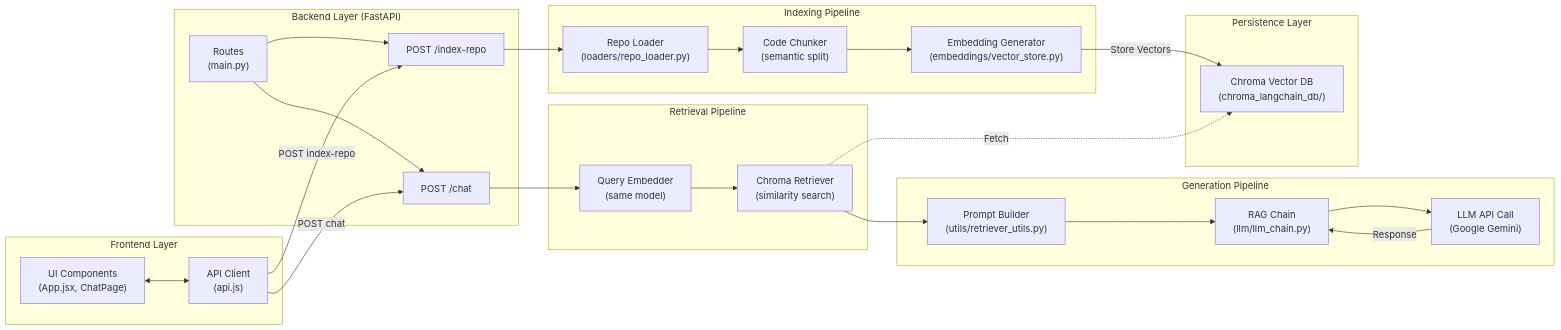
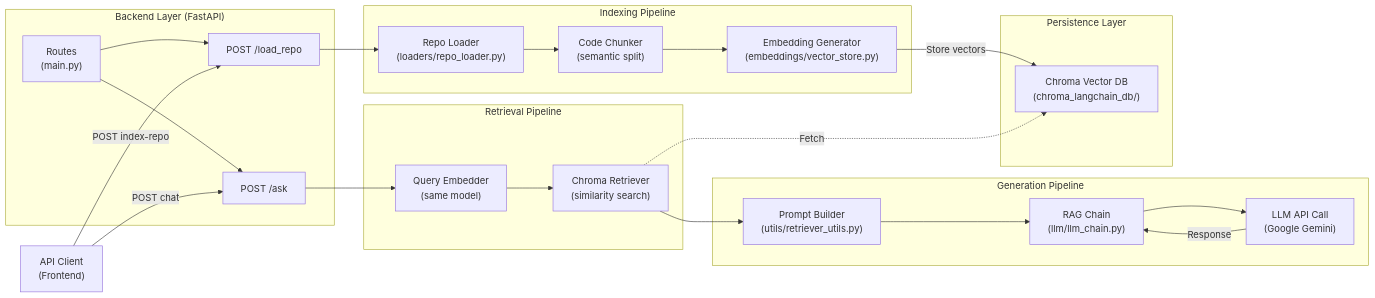
The third of 6 diagrams in ARCHITECTURE.md (amineelgardoum-rgb/github_assistant), drawn with Mermaid before and after one commit. The commit also changed other lines of this file, not shown here.

Commit message:
Changes to be committed: 	modified:   ARCHITECTURE.md

````diff
--- a/ARCHITECTURE.md
+++ b/ARCHITECTURE.md
@@ -67,53 +67,50 @@
 ```mermaid
 graph LR
-    subgraph Frontend["Frontend Layer"]
-        UI["UI Components\n(App.jsx, ChatPage)"]
-        APIClient["API Client\n(api.js)"]
-        UI <--> APIClient
-    end
 
-    subgraph Backend["Backend Layer (FastAPI)"]
-        Routes["Routes\n(main.py)"]
-        IndexEndpoint["POST /index-repo"]
-        ChatEndpoint["POST /chat"]
-        Routes --> IndexEndpoint
-        Routes --> ChatEndpoint
-    end
+APIClient["API Client<br/>(Frontend)"]
 
-    subgraph Indexing["Indexing Pipeline"]
-        RepoLoader["Repo Loader\n(loaders/repo_loader.py)"]
-        CodeChunker["Code Chunker\n(semantic split)"]
-        EmbedGen["Embedding Generator\n(embeddings/vector_store.py)"]
-        RepoLoader --> CodeChunker
-        CodeChunker --> EmbedGen
-    end
+subgraph Backend["Backend Layer (FastAPI)"]
+    Routes["Routes<br/>(main.py)"]
+    IndexEndpoint["POST /load_repo"]
+    ChatEndpoint["POST /ask"]
+    Routes --> IndexEndpoint
+    Routes --> ChatEndpoint
+end
 
-    subgraph Retrieval["Retrieval Pipeline"]
-        QueryEmbed["Query Embedder\n(same model)"]
-        ChromaRetriever["Chroma Retriever\n(similarity search)"]
-        QueryEmbed --> ChromaRetriever
-    end
+subgraph Indexing["Indexing Pipeline"]
+    RepoLoader["Repo Loader<br/>(loaders/repo_loader.py)"]
+    CodeChunker["Code Chunker<br/>(semantic split)"]
+    EmbedGen["Embedding Generator<br/>(embeddings/vector_store.py)"]
+    RepoLoader --> CodeChunker
+    CodeChunker --> EmbedGen
+end
 
-    subgraph Generation["Generation Pipeline"]
-        PromptBuilder["Prompt Builder\n(utils/retriever_utils.py)"]
-        RAGChain["RAG Chain\n(llm/llm_chain.py)"]
-        LLMCall["LLM API Call\n(Google Gemini)"]
-        PromptBuilder --> RAGChain
-        RAGChain --> LLMCall
-    end
+subgraph Retrieval["Retrieval Pipeline"]
+    QueryEmbed["Query Embedder<br/>(same model)"]
+    ChromaRetriever["Chroma Retriever<br/>(similarity search)"]
+    QueryEmbed --> ChromaRetriever
+end
 
-    subgraph Persistence["Persistence Layer"]
-        ChromaDB["Chroma Vector DB\n(chroma_langchain_db/)"]
-    end
+subgraph Generation["Generation Pipeline"]
+    PromptBuilder["Prompt Builder<br/>(utils/retriever_utils.py)"]
+    RAGChain["RAG Chain<br/>(llm/llm_chain.py)"]
+    LLMCall["LLM API Call<br/>(Google Gemini)"]
+    PromptBuilder --> RAGChain
+    RAGChain --> LLMCall
+end
 
-    APIClient -->|POST index-repo| IndexEndpoint
-    IndexEndpoint --> RepoLoader
-    EmbedGen -->|Store Vectors| ChromaDB
-  
-    APIClient -->|POST chat| ChatEndpoint
-    ChatEndpoint --> QueryEmbed
-    ChromaRetriever -.->|Fetch| ChromaDB
-    ChromaRetriever --> PromptBuilder
-    LLMCall -->|Response| RAGChain
+subgraph Persistence["Persistence Layer"]
+    ChromaDB["Chroma Vector DB<br/>(chroma_langchain_db/)"]
+end
+
+APIClient -->|"POST index-repo"| IndexEndpoint
+IndexEndpoint --> RepoLoader
+EmbedGen -->|"Store vectors"| ChromaDB
+
+APIClient -->|"POST chat"| ChatEndpoint
+ChatEndpoint --> QueryEmbed
+ChromaRetriever -.->|"Fetch"| ChromaDB
+ChromaRetriever --> PromptBuilder
+LLMCall -->|"Response"| RAGChain
 
 ```
````
